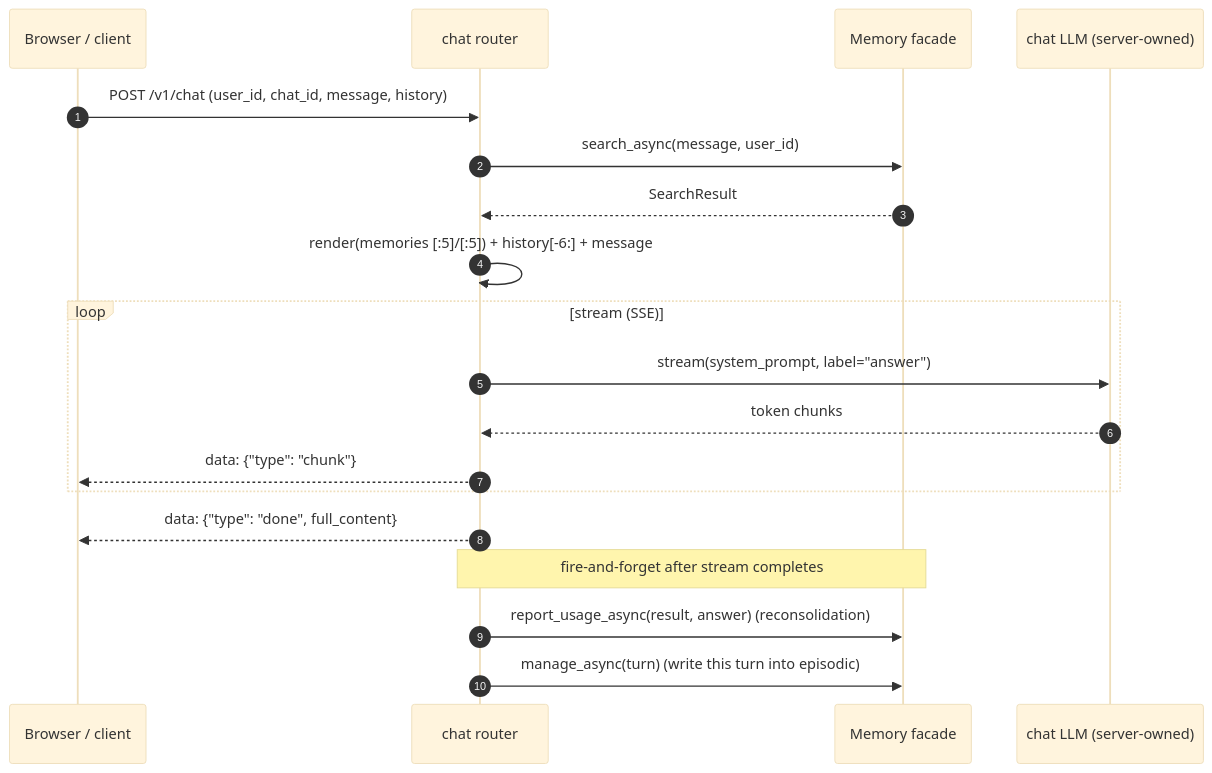
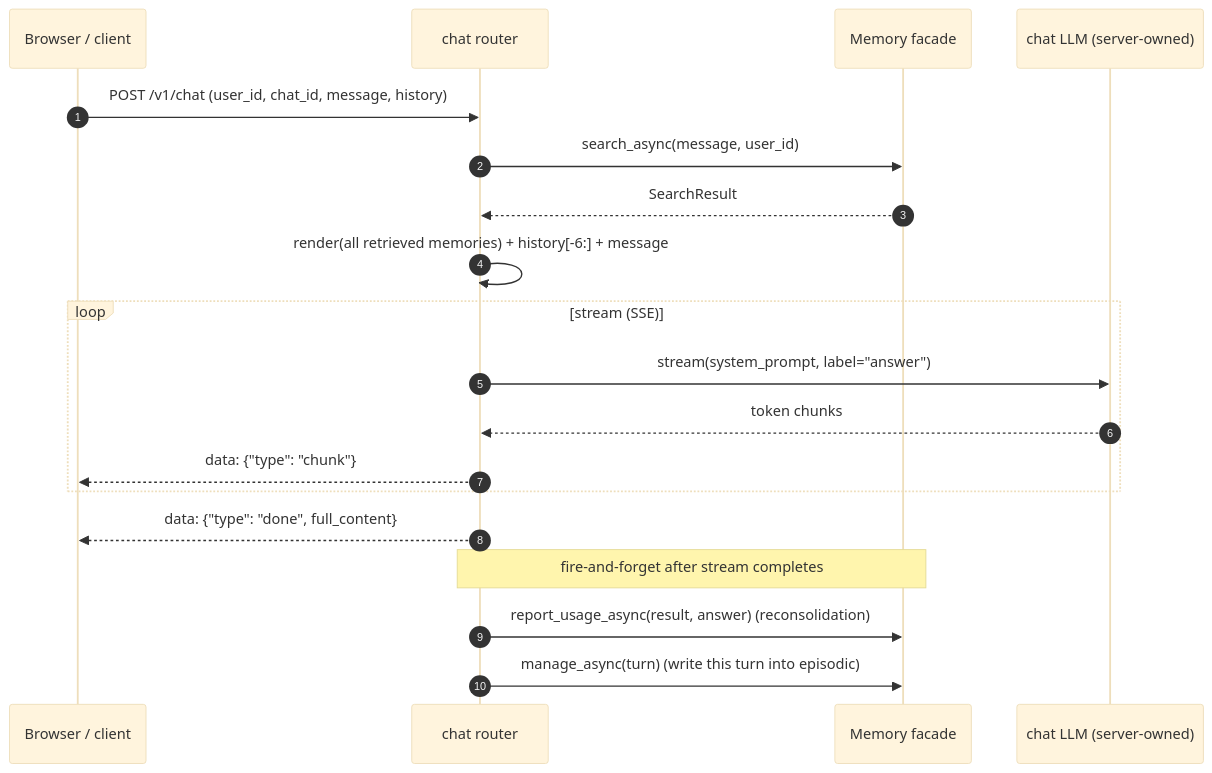
The fifth of 5 diagrams in docs/architecture_overview.md (ChasePassion/NeuraMem), drawn with Mermaid (base theme) before and after one commit. The commit also changed other lines of this file and 29 other files, not shown here.

````diff
--- a/docs/architecture_overview.md
+++ b/docs/architecture_overview.md
@@ -227,23 +227,23 @@
 ```mermaid
 sequenceDiagram
     autonumber
     participant C as Browser / client
     participant SRV as chat router
     participant M as Memory facade
     participant CL as chat LLM (server-owned)
 
     C->>SRV: POST /v1/chat (user_id, chat_id, message, history)
     SRV->>M: search_async(message, user_id)
     M-->>SRV: SearchResult
-    SRV->>SRV: render(memories [:5]/[:5]) + history[-6:] + message
+    SRV->>SRV: render(all retrieved memories) + history[-6:] + message
     loop stream (SSE)
         SRV->>CL: stream(system_prompt, label="answer")
         CL-->>SRV: token chunks
         SRV-->>C: data: {"type": "chunk"}
     end
     SRV-->>C: data: {"type": "done", full_content}
 
     Note over SRV,M: fire-and-forget after stream completes
     SRV->>M: report_usage_async(result, answer)  (reconsolidation)
     SRV->>M: manage_async(turn)  (write this turn into episodic)
 ```
````
